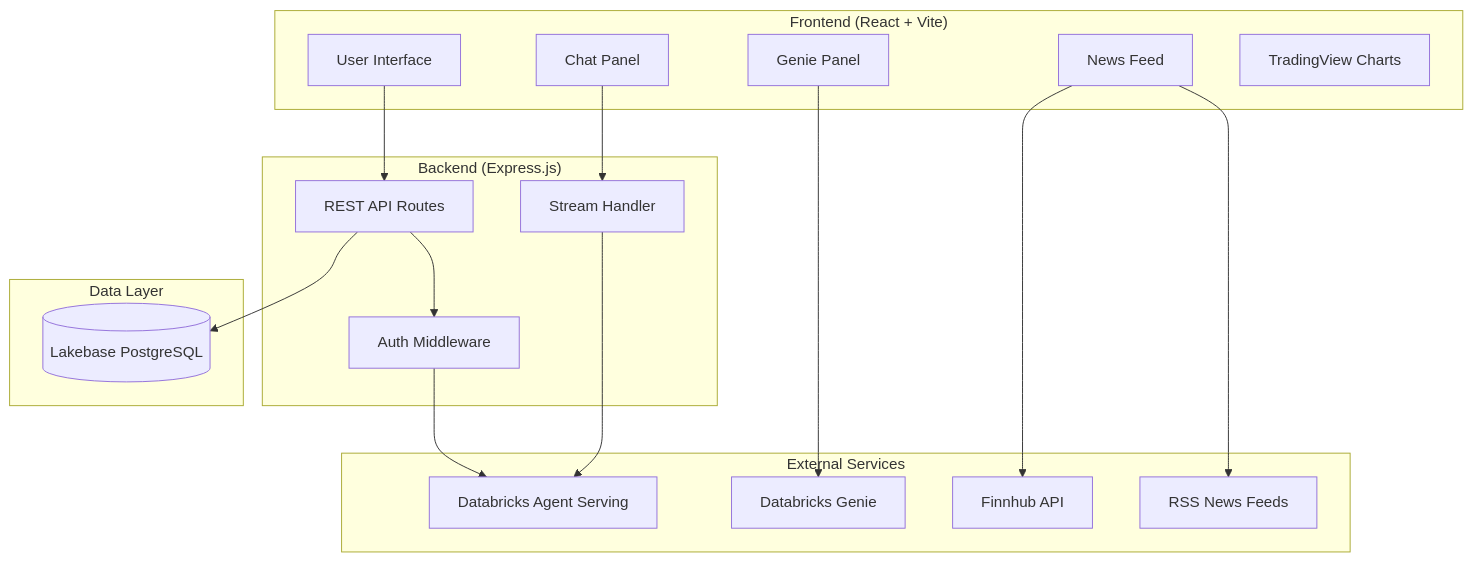
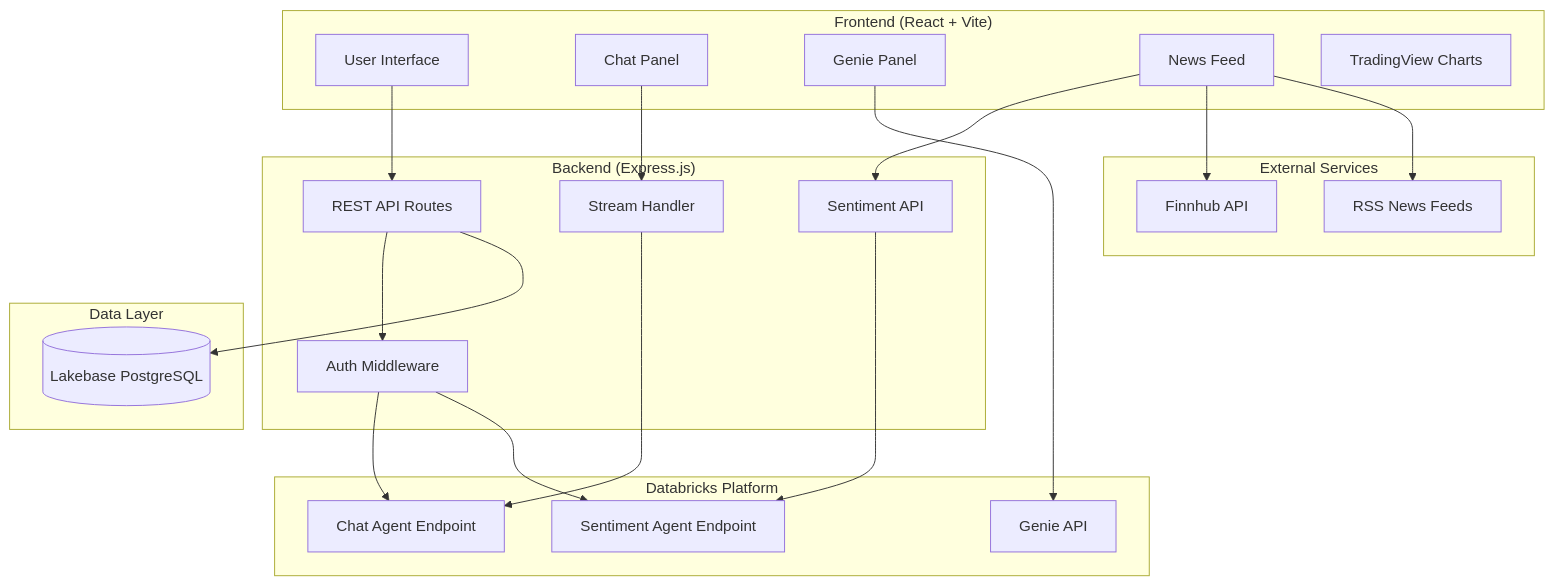
Before and after one commit to AnanyaDBJ/equity-analyst-app-agent: the first of 3 diagrams in README.md, drawn with Mermaid. The commit also changed other lines of this file, not shown here.

First line of the commit message:
docs: Clarify Databricks Sentiment Agent endpoint architecture

````diff
--- a/README.md
+++ b/README.md
@@ -43,38 +52,46 @@
 ```mermaid
 flowchart TB
     subgraph Client ["Frontend (React + Vite)"]
         UI[User Interface]
         Chat[Chat Panel]
         Genie[Genie Panel]
         News[News Feed]
         Charts[TradingView Charts]
     end
 
     subgraph Server ["Backend (Express.js)"]
         API[REST API Routes]
         Auth[Auth Middleware]
         Stream[Stream Handler]
+        SentAPI[Sentiment API]
+    end
+
+    subgraph Databricks ["Databricks Platform"]
+        ChatAgent[Chat Agent Endpoint]
+        SentimentAgent[Sentiment Agent Endpoint]
+        GenieAPI[Genie API]
     end
 
     subgraph External ["External Services"]
-        DBS[Databricks Agent Serving]
-        DBG[Databricks Genie]
         FH[Finnhub API]
         RSS[RSS News Feeds]
     end
 
     subgraph Storage ["Data Layer"]
         LB[(Lakebase PostgreSQL)]
     end
 
     UI --> API
     Chat --> Stream
-    Genie --> DBG
+    Genie --> GenieAPI
+    News --> SentAPI
     News --> FH
     News --> RSS
 
     API --> Auth
-    Auth --> DBS
-    Stream --> DBS
+    Stream --> ChatAgent
+    SentAPI --> SentimentAgent
+    Auth --> ChatAgent
+    Auth --> SentimentAgent
     API --> LB
 ```
````
